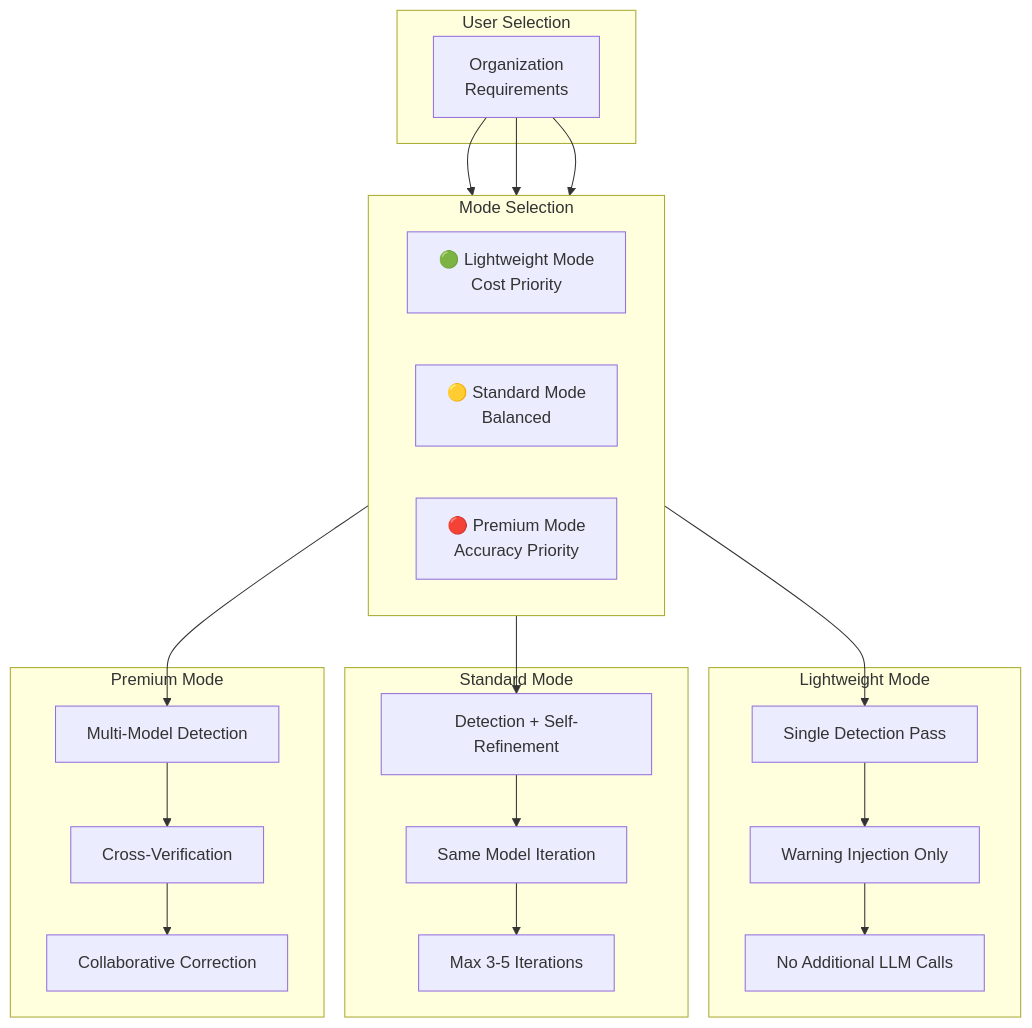
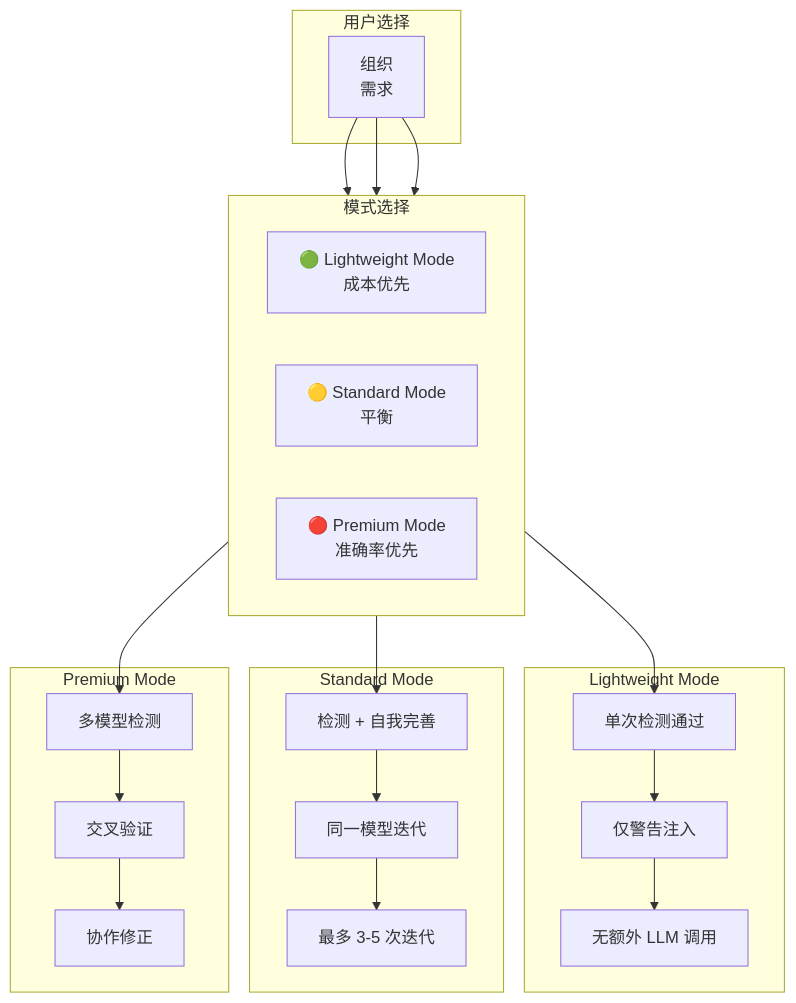
Before and after one commit to vllm-project/semantic-router: the ninth of 14 diagrams in website/i18n/zh-Hans/docusaurus-plugin-content-docs/current/proposals/hallucination-mitigation-milestone.md, drawn with Mermaid. The commit also changed other lines of this file and 7 other files, not shown here.

````diff
--- a/website/i18n/zh-Hans/docusaurus-plugin-content-docs/current/proposals/hallucination-mitigation-milestone.md
+++ b/website/i18n/zh-Hans/docusaurus-plugin-content-docs/current/proposals/hallucination-mitigation-milestone.md
@@ -735,39 +743,39 @@
 ```mermaid
 flowchart TB
-    subgraph "User Selection"
-        USER[Organization<br/>Requirements]
+    subgraph "用户选择"
+        USER[组织<br/>需求]
     end
 
-    subgraph "Mode Selection"
+    subgraph "模式选择"
         direction LR
-        L[🟢 Lightweight Mode<br/>Cost Priority]
-        S[🟡 Standard Mode<br/>Balanced]
-        P[🔴 Premium Mode<br/>Accuracy Priority]
+        L[🟢 Lightweight Mode<br/>成本优先]
+        S[🟡 Standard Mode<br/>平衡]
+        P[🔴 Premium Mode<br/>准确率优先]
     end
 
     subgraph "Lightweight Mode"
-        L1[Single Detection Pass]
-        L2[Warning Injection Only]
-        L3[No Additional LLM Calls]
+        L1[单次检测通过]
+        L2[仅警告注入]
+        L3[无额外 LLM 调用]
     end
 
     subgraph "Standard Mode"
-        S1[Detection + Self-Refinement]
-        S2[Same Model Iteration]
-        S3[Max 3-5 Iterations]
+        S1[检测 + 自我完善]
+        S2[同一模型迭代]
+        S3[最多 3-5 次迭代]
     end
 
     subgraph "Premium Mode"
-        P1[Multi-Model Detection]
-        P2[Cross-Verification]
-        P3[Collaborative Correction]
+        P1[多模型检测]
+        P2[交叉验证]
+        P3[协作修正]
     end
 
     USER --> L
     USER --> S
     USER --> P
 
     L --> L1 --> L2 --> L3
     S --> S1 --> S2 --> S3
     P --> P1 --> P2 --> P3
 ```
````
